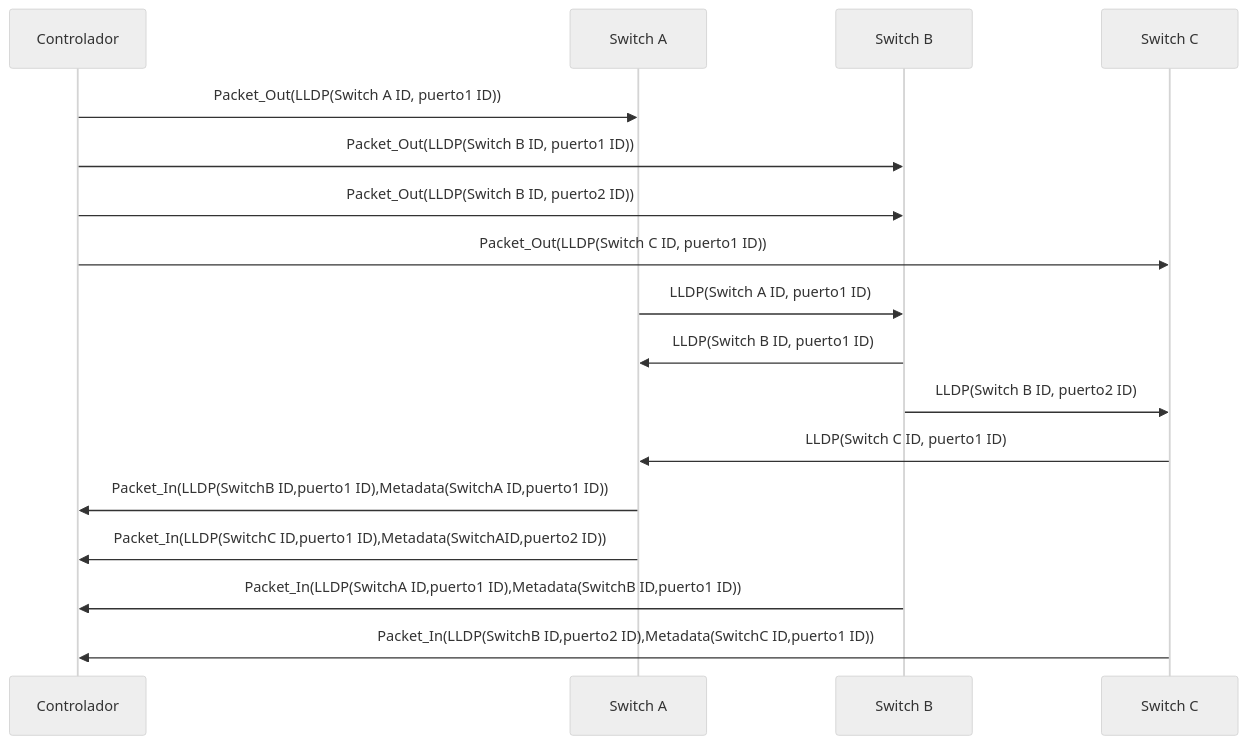
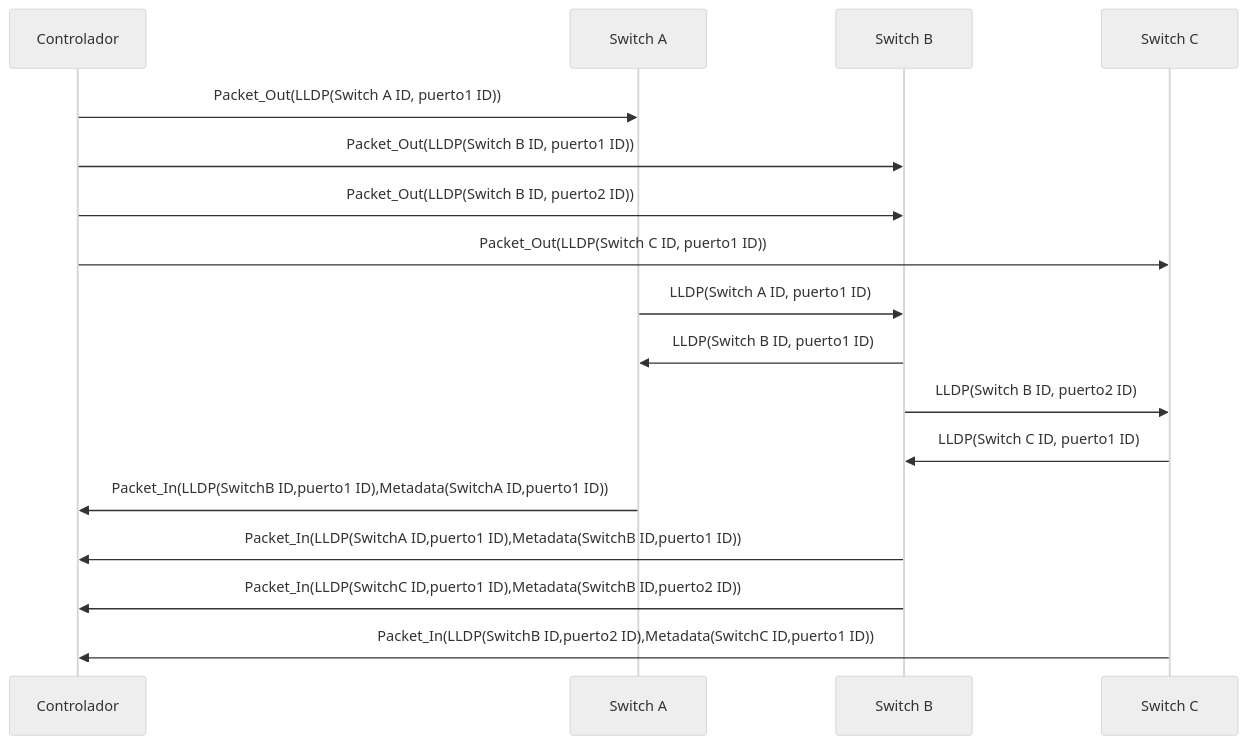
One commit to lopezalvar/lopezalvar.github.io changed the third of 3 diagrams in _posts/2018-05-26-lldp.md. Above: the diagram before and after it, drawn with Mermaid (neutral theme). The commit also changed other lines of this file, not shown here.

````diff
--- a/_posts/2018-05-26-lldp.md
+++ b/_posts/2018-05-26-lldp.md
@@ -62,15 +62,15 @@
 ```mermaid
 sequenceDiagram
 Controlador ->>Switch A: Packet_Out(LLDP(Switch A ID, puerto1 ID))   
 Controlador ->>Switch B: Packet_Out(LLDP(Switch B ID, puerto1 ID))
 Controlador ->>Switch B: Packet_Out(LLDP(Switch B ID, puerto2 ID)) 
 Controlador ->>Switch C: Packet_Out(LLDP(Switch C ID, puerto1 ID))
 Switch A ->> Switch B : LLDP(Switch A ID, puerto1 ID)   
 Switch B ->> Switch A: LLDP(Switch B ID, puerto1 ID)
 Switch B ->> Switch C : LLDP(Switch B ID, puerto2 ID)
-Switch C ->> Switch A : LLDP(Switch C ID, puerto1 ID)
+Switch C ->> Switch B : LLDP(Switch C ID, puerto1 ID)
 Switch A ->> Controlador : Packet_In(LLDP(SwitchB ID,puerto1 ID),Metadata(SwitchA ID,puerto1 ID))
-Switch A ->> Controlador : Packet_In(LLDP(SwitchC ID,puerto1 ID),Metadata(SwitchAID,puerto2 ID))
 Switch B ->> Controlador : Packet_In(LLDP(SwitchA ID,puerto1 ID),Metadata(SwitchB ID,puerto1 ID))
+Switch B ->> Controlador : Packet_In(LLDP(SwitchC ID,puerto1 ID),Metadata(SwitchB ID,puerto2 ID))
 Switch C ->> Controlador : Packet_In(LLDP(SwitchB ID,puerto2 ID),Metadata(SwitchC ID,puerto1 ID))
 ```
````
